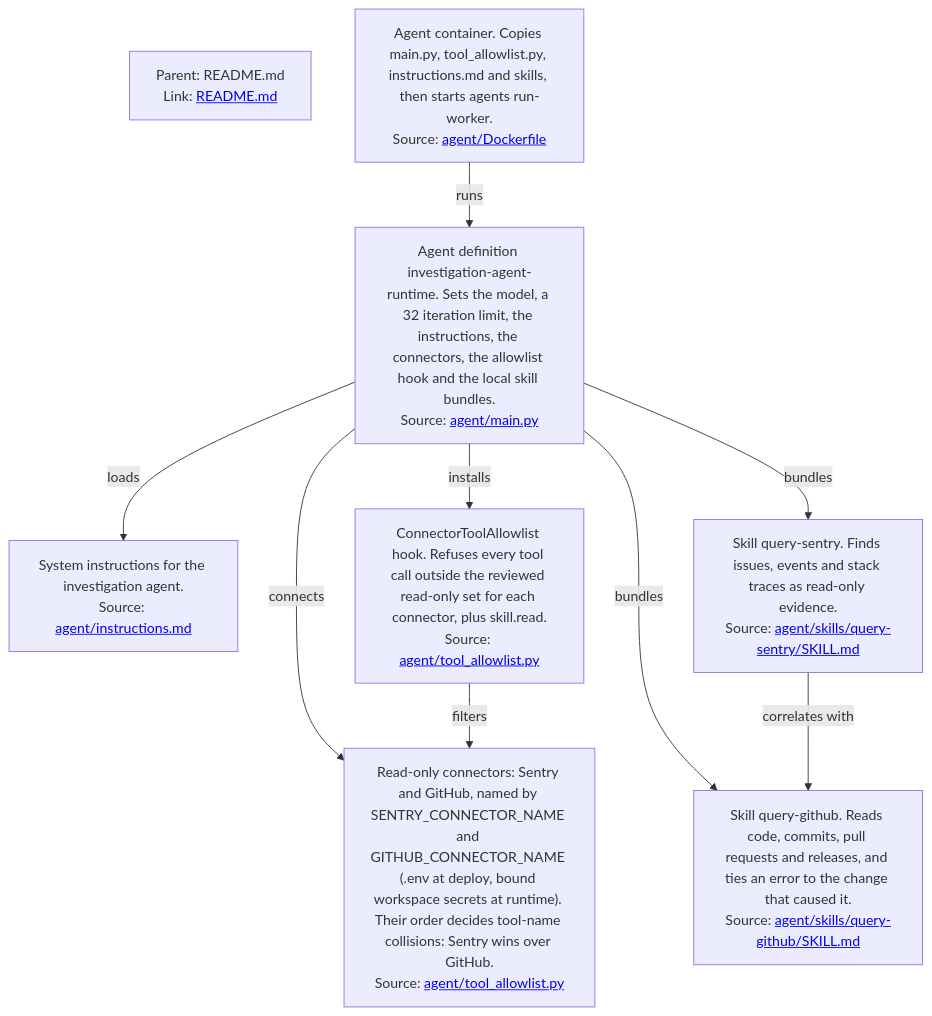
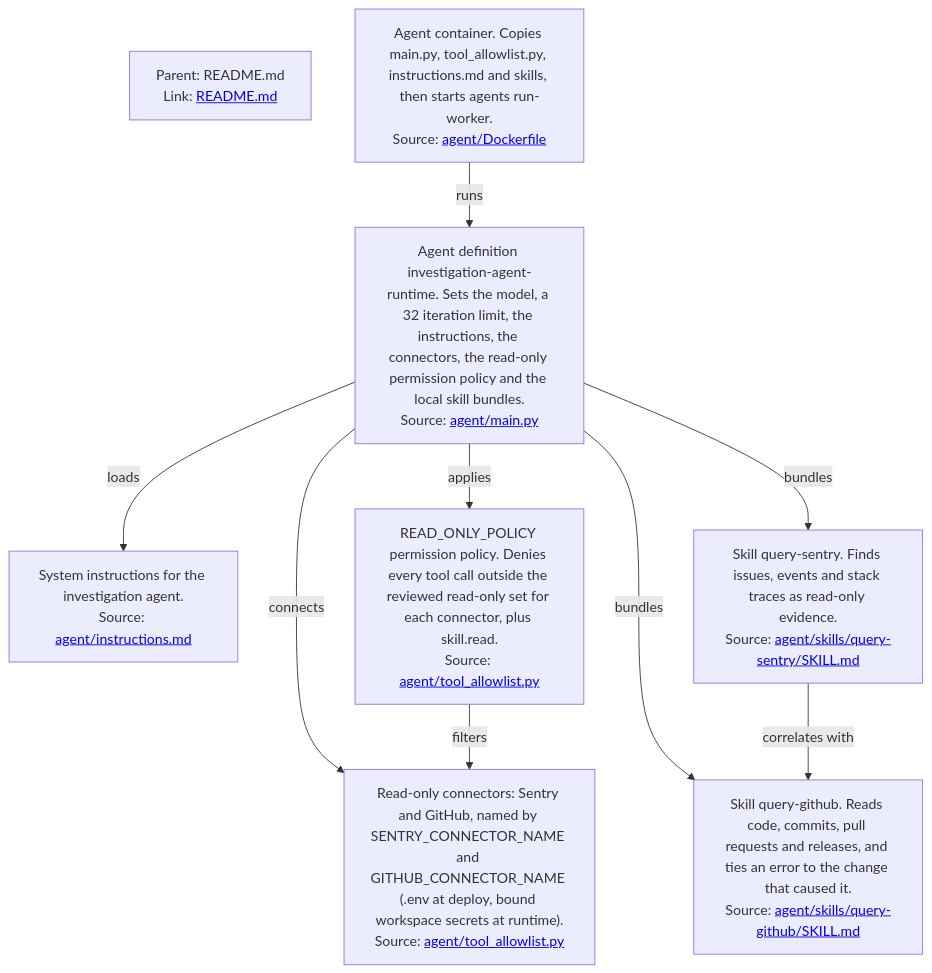
Before and after one commit to mistralai/cookbook: the diagram in mistral/agents/investigation_agent/investigation-agent/docs/agent.md, drawn with Mermaid. The commit also changed 4 other files, not shown here.

````diff
--- a/mistral/agents/investigation_agent/investigation-agent/docs/agent.md
+++ b/mistral/agents/investigation_agent/investigation-agent/docs/agent.md
@@ -1,22 +1,22 @@
 ```mermaid
 graph TD
     %% Parent Graph Link
     ParentGraph["Parent: README.md<br/>Link: <a href='README.md'>README.md</a>"]
 
-    Main["Agent definition investigation-agent-runtime. Sets the model, a 32 iteration limit, the instructions, the connectors, the allowlist hook and the local skill bundles.<br/>Source: <a href='../agent/main.py'>agent/main.py</a>"]
+    Main["Agent definition investigation-agent-runtime. Sets the model, a 32 iteration limit, the instructions, the connectors, the read-only permission policy and the local skill bundles.<br/>Source: <a href='../agent/main.py'>agent/main.py</a>"]
     Image["Agent container. Copies main.py, tool_allowlist.py, instructions.md and skills, then starts agents run-worker.<br/>Source: <a href='../agent/Dockerfile'>agent/Dockerfile</a>"]
     Instructions["System instructions for the investigation agent.<br/>Source: <a href='../agent/instructions.md'>agent/instructions.md</a>"]
-    Connectors["Read-only connectors: Sentry and GitHub, named by SENTRY_CONNECTOR_NAME and GITHUB_CONNECTOR_NAME (.env at deploy, bound workspace secrets at runtime). Their order decides tool-name collisions: Sentry wins over GitHub.<br/>Source: <a href='../agent/tool_allowlist.py'>agent/tool_allowlist.py</a>"]
-    Hook["ConnectorToolAllowlist hook. Refuses every tool call outside the reviewed read-only set for each connector, plus skill.read.<br/>Source: <a href='../agent/tool_allowlist.py'>agent/tool_allowlist.py</a>"]
+    Connectors["Read-only connectors: Sentry and GitHub, named by SENTRY_CONNECTOR_NAME and GITHUB_CONNECTOR_NAME (.env at deploy, bound workspace secrets at runtime).<br/>Source: <a href='../agent/tool_allowlist.py'>agent/tool_allowlist.py</a>"]
+    Policy["READ_ONLY_POLICY permission policy. Denies every tool call outside the reviewed read-only set for each connector, plus skill.read.<br/>Source: <a href='../agent/tool_allowlist.py'>agent/tool_allowlist.py</a>"]
     Sentry["Skill query-sentry. Finds issues, events and stack traces as read-only evidence.<br/>Source: <a href='../agent/skills/query-sentry/SKILL.md'>agent/skills/query-sentry/SKILL.md</a>"]
     GitHub["Skill query-github. Reads code, commits, pull requests and releases, and ties an error to the change that caused it.<br/>Source: <a href='../agent/skills/query-github/SKILL.md'>agent/skills/query-github/SKILL.md</a>"]
 
     Image -->|runs| Main
     Main -->|loads| Instructions
     Main -->|connects| Connectors
-    Main -->|installs| Hook
-    Hook -->|filters| Connectors
+    Main -->|applies| Policy
+    Policy -->|filters| Connectors
     Main -->|bundles| Sentry
     Main -->|bundles| GitHub
     Sentry -->|correlates with| GitHub
 ```
````
